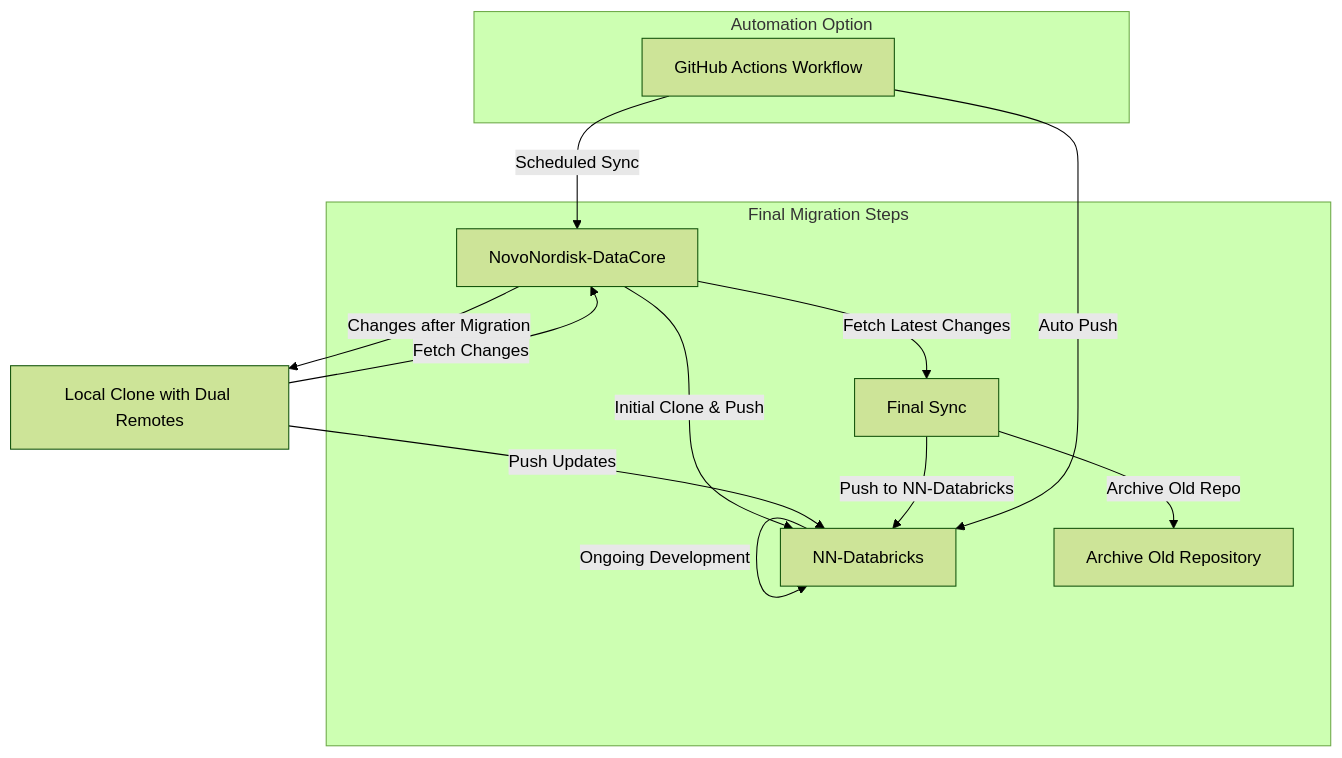
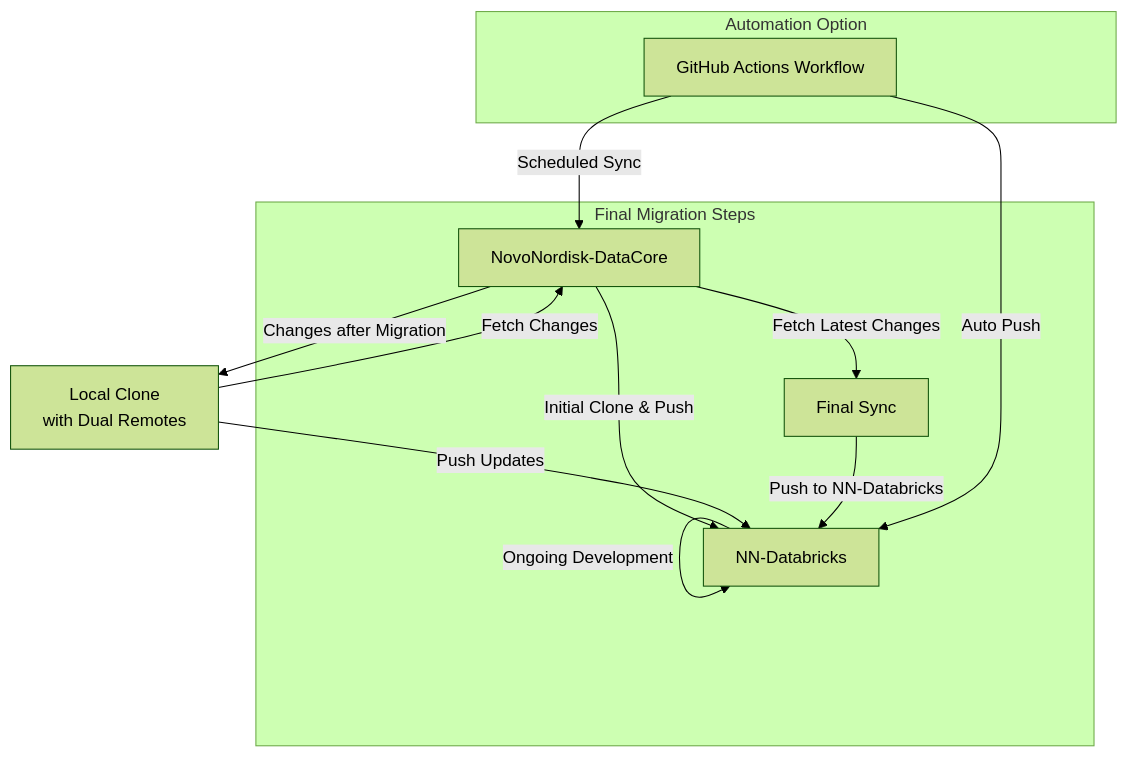
Before and after one commit to furmidgeuk/github-testing: the diagram in MIGRATION_PROCESS.md, drawn with Mermaid (forest theme). The commit also changed other lines of this file, not shown here.

````diff
--- a/MIGRATION_PROCESS.md
+++ b/MIGRATION_PROCESS.md
@@ -9,21 +9,22 @@
 ```mermaid
 graph TD
   A[NovoNordisk-DataCore] -->|Initial Clone & Push| B[NN-Databricks]
-  A -->|Changes after Migration| C[Local Clone with Dual Remotes]
+  A -->|Changes after Migration| C[Local Clone<br>with Dual Remotes]
   C -->|Fetch Changes| A
   C -->|Push Updates| B
   B -->|Ongoing Development| B
   
   subgraph Final Migration Steps
     D[Final Sync]
     A -->|Fetch Latest Changes| D
     D -->|Push to NN-Databricks| B
-    D -->|Archive Old Repo| E[Archive Old Repository]
   end
 
   subgraph Automation Option
     F[GitHub Actions Workflow]
     F -->|Scheduled Sync| A
     F -->|Auto Push| B
   end
+
+
 ```
````
